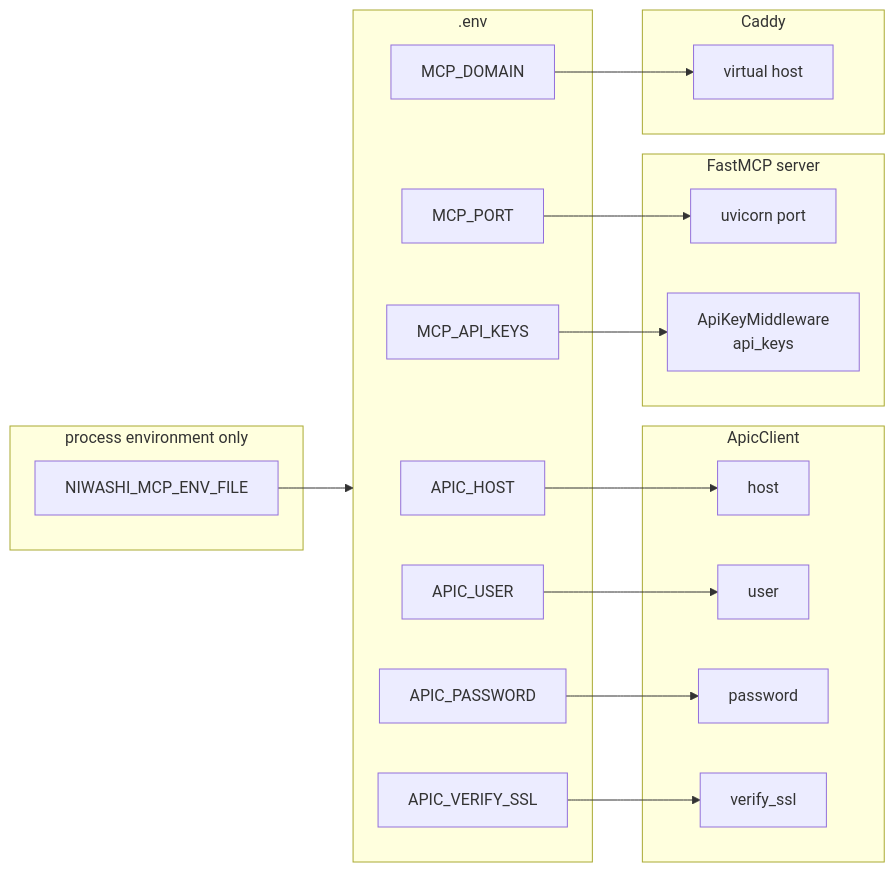
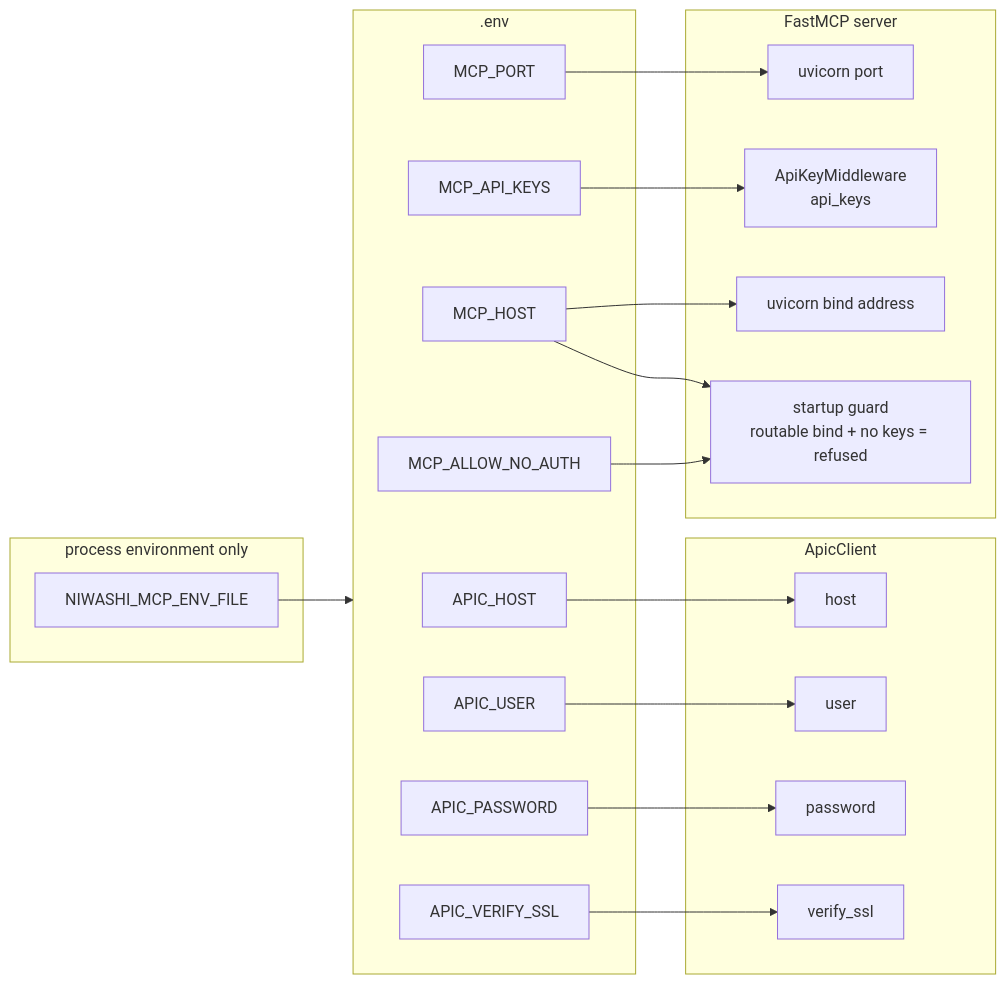
Before and after one commit to k3l0-dev/aci-mcp: the diagram in docs/configuration/settings.md, drawn with Mermaid. The commit also changed other lines of this file and 15 other files, not shown here.

````diff
--- a/docs/configuration/settings.md
+++ b/docs/configuration/settings.md
@@ -16,41 +16,42 @@
 ```mermaid
 graph LR
     subgraph env[".env"]
         E1["APIC_HOST"]
         E2["APIC_USER"]
         E3["APIC_PASSWORD"]
         E4["APIC_VERIFY_SSL"]
         E5["MCP_PORT"]
         E6["MCP_API_KEYS"]
-        E7["MCP_DOMAIN"]
+        E8["MCP_HOST"]
+        E9["MCP_ALLOW_NO_AUTH"]
     end
 
     subgraph shell["process environment only"]
         X1["NIWASHI_MCP_ENV_FILE"]
     end
 
     subgraph apic_client["ApicClient"]
         A1["host"]
         A2["user"]
         A3["password"]
         A4["verify_ssl"]
     end
 
     subgraph server["FastMCP server"]
         S1["uvicorn port"]
         S2["ApiKeyMiddleware<br/>api_keys"]
-    end
-
-    subgraph caddy["Caddy"]
-        C1["virtual host"]
+        S3["uvicorn bind address"]
+        S4["startup guard<br/>routable bind + no keys = refused"]
     end
 
     E1 --> A1
     E2 --> A2
     E3 --> A3
     E4 --> A4
     E5 --> S1
     E6 --> S2
-    E7 --> C1
+    E8 --> S3
+    E8 --> S4
+    E9 --> S4
     X1 --> env
 ```
````
